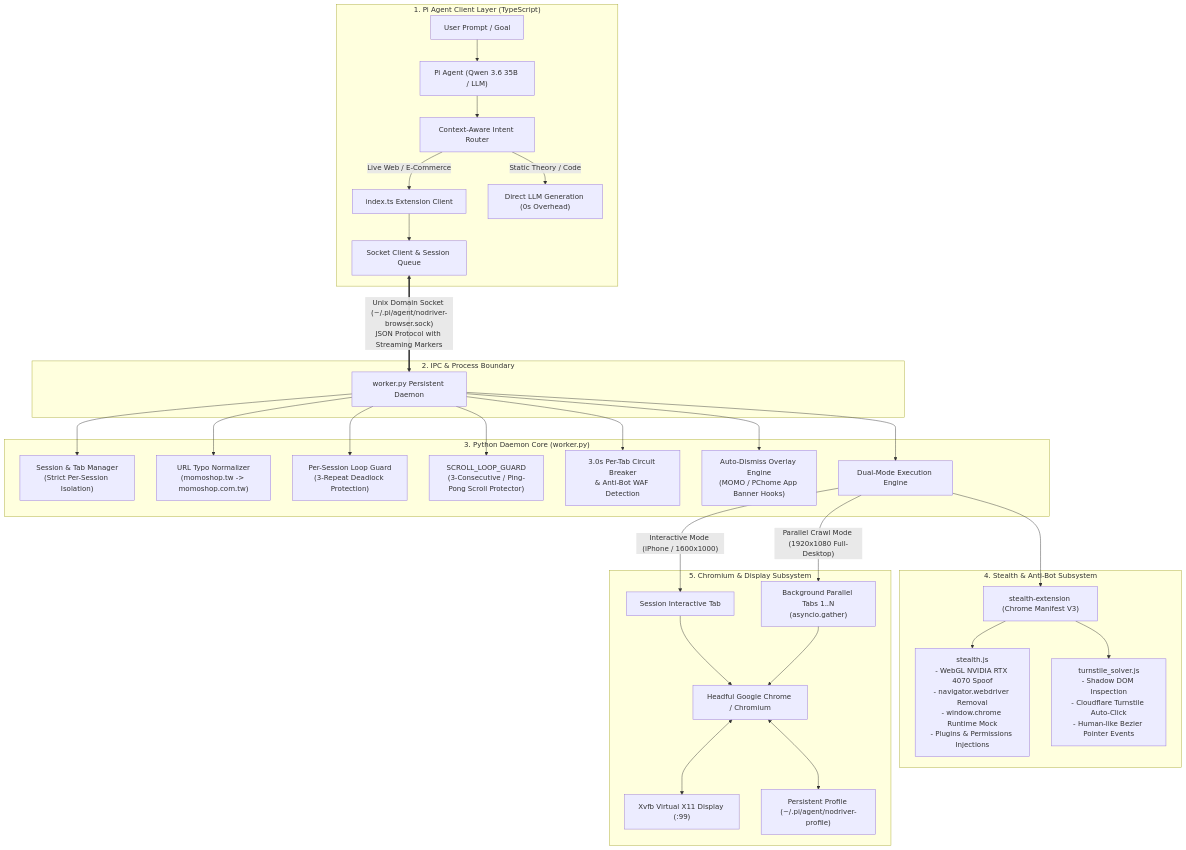
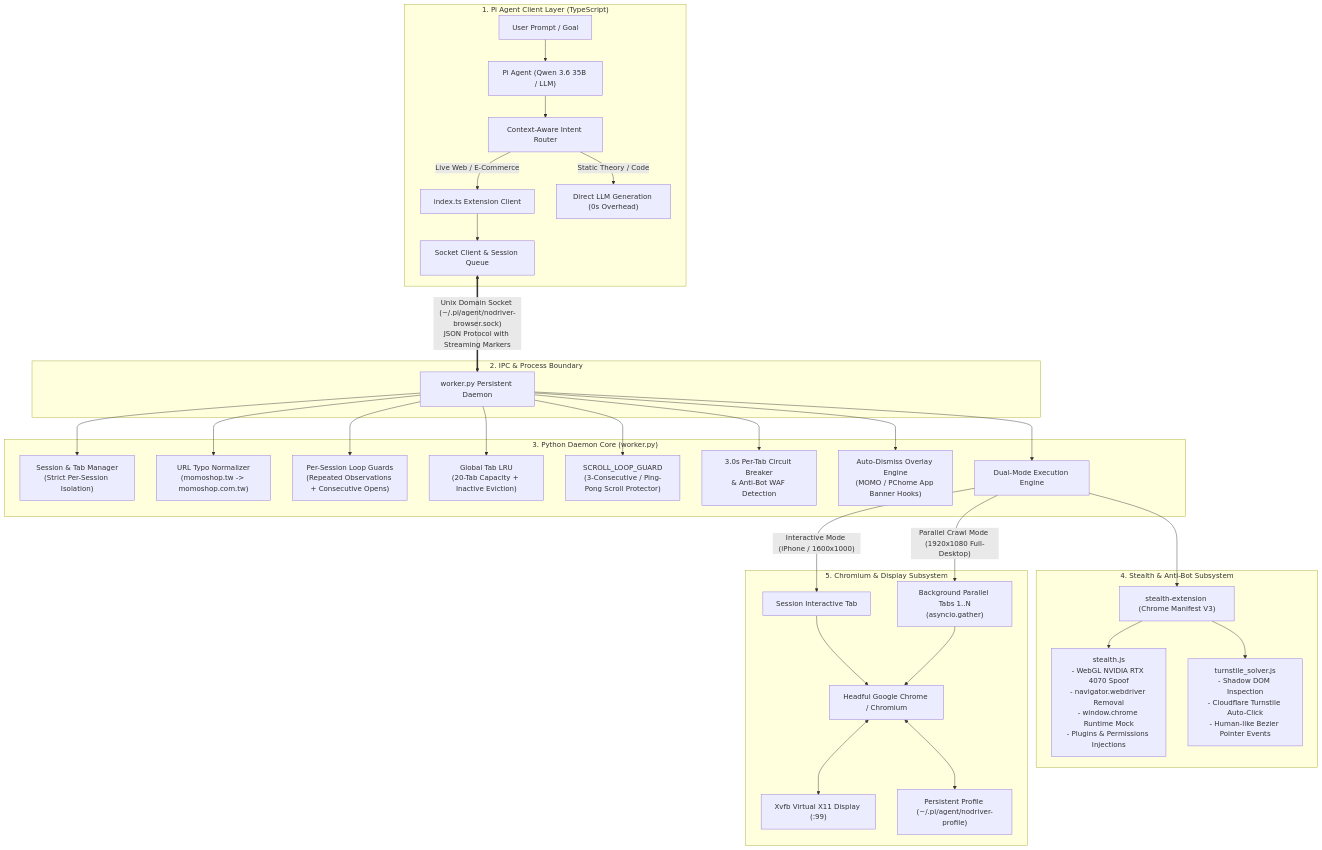
Before and after one commit to AyaSakura-comp/pi-nodriver-browser: the first of 4 diagrams in README.md, drawn with Mermaid. The commit also changed other lines of this file and 5 other files, not shown here.

````diff
--- a/README.md
+++ b/README.md
@@ -18,39 +18,40 @@
 ```mermaid
 flowchart TB
     subgraph ClientLayer["1. Pi Agent Client Layer (TypeScript)"]
         UI["User Prompt / Goal"] --> AGENT["Pi Agent (Qwen 3.6 35B / LLM)"]
         AGENT --> ROUTER["Context-Aware Intent Router"]
         ROUTER -->|"Live Web / E-Commerce"| EXT["index.ts Extension Client"]
         ROUTER -->|"Static Theory / Code"| DIRECT["Direct LLM Generation (0s Overhead)"]
         EXT --> IPC_CLIENT["Socket Client & Session Queue"]
     end
 
     subgraph IPCLayer["2. IPC & Process Boundary"]
         IPC_CLIENT <==>|"Unix Domain Socket (~/.pi/agent/nodriver-browser.sock)\nJSON Protocol with Streaming Markers"| DAEMON["worker.py Persistent Daemon"]
     end
 
     subgraph DaemonLayer["3. Python Daemon Core (worker.py)"]
         DAEMON --> SESSIONS["Session & Tab Manager\n(Strict Per-Session Isolation)"]
         DAEMON --> URL_NORM["URL Typo Normalizer\n(momoshop.tw -> momoshop.com.tw)"]
-        DAEMON --> GUARD["Per-Session Loop Guard\n(3-Repeat Deadlock Protection)"]
+        DAEMON --> GUARD["Per-Session Loop Guards\n(Repeated Observations + Consecutive Opens)"]
+        DAEMON --> TAB_LRU["Global Tab LRU\n(20-Tab Capacity + Inactive Eviction)"]
         DAEMON --> SCROLL_GUARD["SCROLL_LOOP_GUARD\n(3-Consecutive / Ping-Pong Scroll Protector)"]
         DAEMON --> BREAKER["3.0s Per-Tab Circuit Breaker\n& Anti-Bot WAF Detection"]
         DAEMON --> AUTO_DISMISS["Auto-Dismiss Overlay Engine\n(MOMO / PChome App Banner Hooks)"]
         DAEMON --> ENGINE["Dual-Mode Execution Engine"]
     end
 
     subgraph StealthLayer["4. Stealth & Anti-Bot Subsystem"]
         ENGINE --> STEALTH_EXT["stealth-extension (Chrome Manifest V3)"]
         STEALTH_EXT --> S_STEALTH["stealth.js\n- WebGL NVIDIA RTX 4070 Spoof\n- navigator.webdriver Removal\n- window.chrome Runtime Mock\n- Plugins & Permissions Injections"]
         STEALTH_EXT --> S_SOLVER["turnstile_solver.js\n- Shadow DOM Inspection\n- Cloudflare Turnstile Auto-Click\n- Human-like Bezier Pointer Events"]
     end
 
     subgraph BrowserLayer["5. Chromium & Display Subsystem"]
         ENGINE -->|"Interactive Mode (iPhone / 1600x1000)"| TAB_ACTIVE["Session Interactive Tab"]
         ENGINE -->|"Parallel Crawl Mode (1920x1080 Full-Desktop)"| TABS_POOL["Background Parallel Tabs 1..N\n(asyncio.gather)"]
         TAB_ACTIVE --> CHROME["Headful Google Chrome / Chromium"]
         TABS_POOL --> CHROME
         CHROME <--> XVFB["Xvfb Virtual X11 Display (:99)"]
         CHROME <--> PROFILE["Persistent Profile (~/.pi/agent/nodriver-profile)"]
     end
 ```
````
